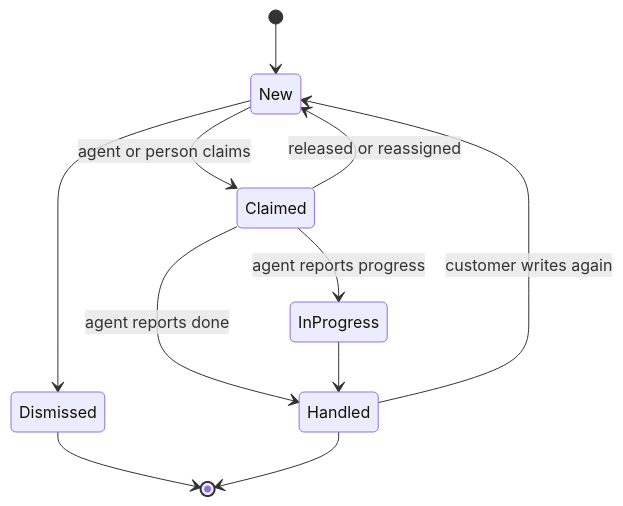
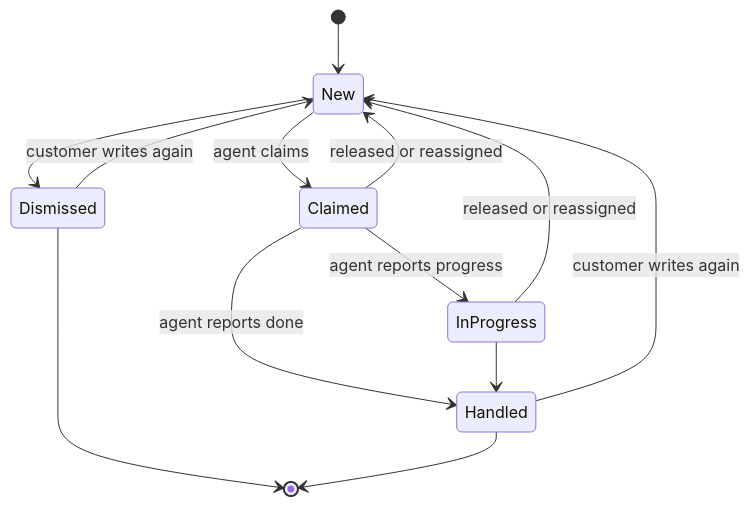
Before and after one commit to kieranklaassen/happyhappy: the second of 5 diagrams in docs/plans/2026-09-24-001-feat-happyhappy-sentiment-feed-plan.md, drawn with Mermaid. The commit also changed other lines of this file, not shown here.

````diff
--- a/docs/plans/2026-09-24-001-feat-happyhappy-sentiment-feed-plan.md
+++ b/docs/plans/2026-09-24-001-feat-happyhappy-sentiment-feed-plan.md
@@ -134,13 +141,15 @@
 ```mermaid
 stateDiagram-v2
   [*] --> New
-  New --> Claimed: agent or person claims
+  New --> Claimed: agent claims
   New --> Dismissed
   Claimed --> InProgress: agent reports progress
   Claimed --> Handled: agent reports done
   Claimed --> New: released or reassigned
   InProgress --> Handled
+  InProgress --> New: released or reassigned
+  Dismissed --> New: customer writes again
   Handled --> New: customer writes again
   Dismissed --> [*]
   Handled --> [*]
 ```
````
